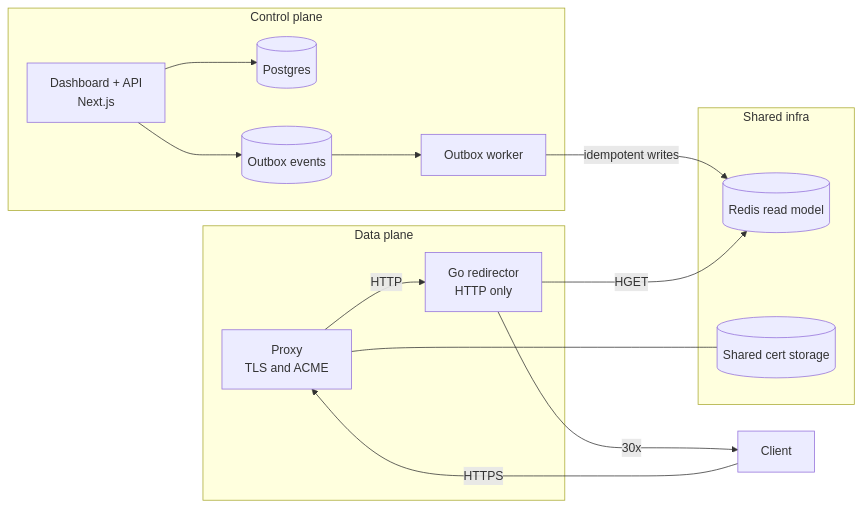
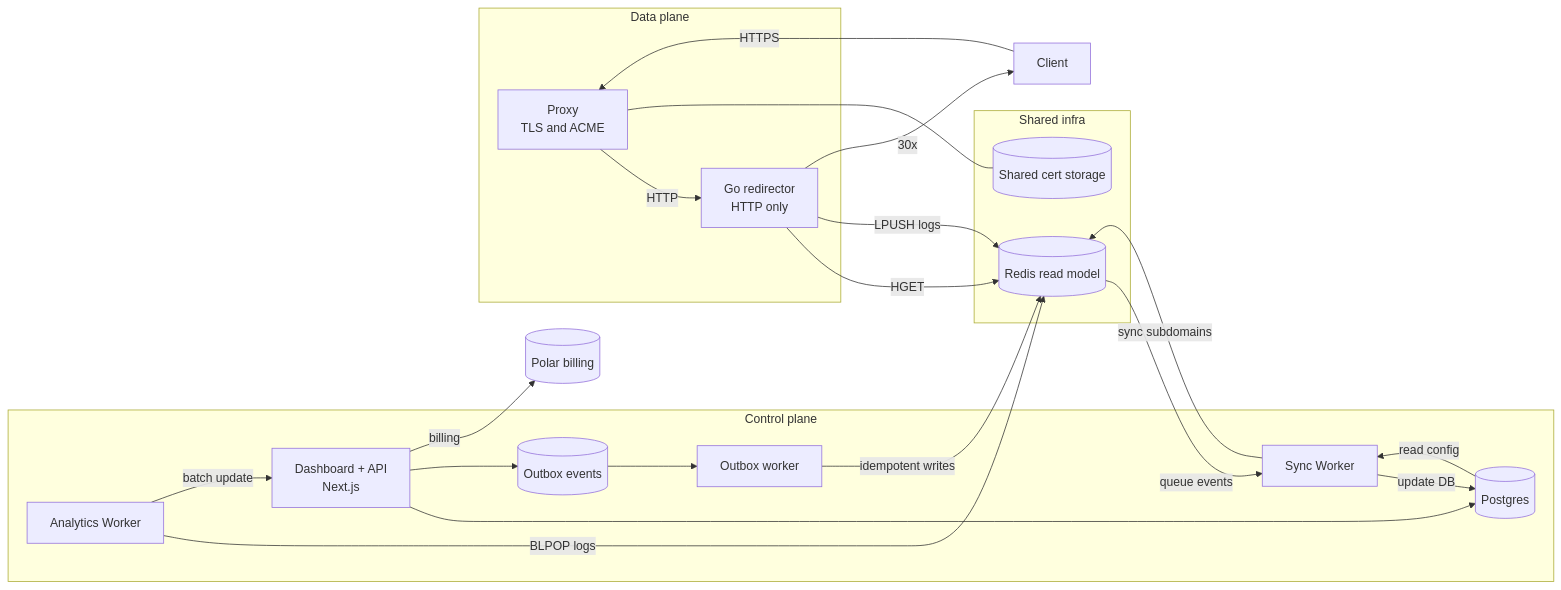
The first of 2 diagrams in README.md (LeonardoTrapani/rediredge), drawn with Mermaid before and after one commit. The commit also changed other lines of this file and 9 other files, not shown here.

````diff
--- a/README.md
+++ b/README.md
@@ -36,32 +36,42 @@
 ```mermaid
 flowchart LR
   %% Shared infra (defined first so other sections can reference)
   subgraph SH[Shared infra]
     R[(Redis read model)]
     CS[(Shared cert storage)]
   end
 
   %% Control plane
   subgraph CP[Control plane]
     UI[Dashboard + API\nNext.js]
     PG[(Postgres)]
     OBQ[(Outbox events)]
     W[Outbox worker]
+    AW[Analytics Worker]
+    SW[Sync Worker]
     UI --> PG
     UI --> OBQ
     OBQ --> W
     W -->|idempotent writes| R
+    AW -->|BLPOP logs| R
+    AW -->|batch update| UI
+    R -->|queue events| SW
+    SW -->|update DB| PG
+    PG -->|read config| SW
+    SW -->|sync subdomains| R
   end
 
   %% Data plane
   subgraph DP[Data plane]
     PXY[Proxy\nTLS and ACME]
     EDGE[Go redirector\nHTTP only]
     PXY -->|HTTP| EDGE
     EDGE -->|HGET| R
+    EDGE -->|LPUSH logs| R
   end
 
   C[Client] -->|HTTPS| PXY
   EDGE -->|30x| C
   PXY --- CS
+  UI -->|billing| POLAR[(Polar billing)]
 ```
````
